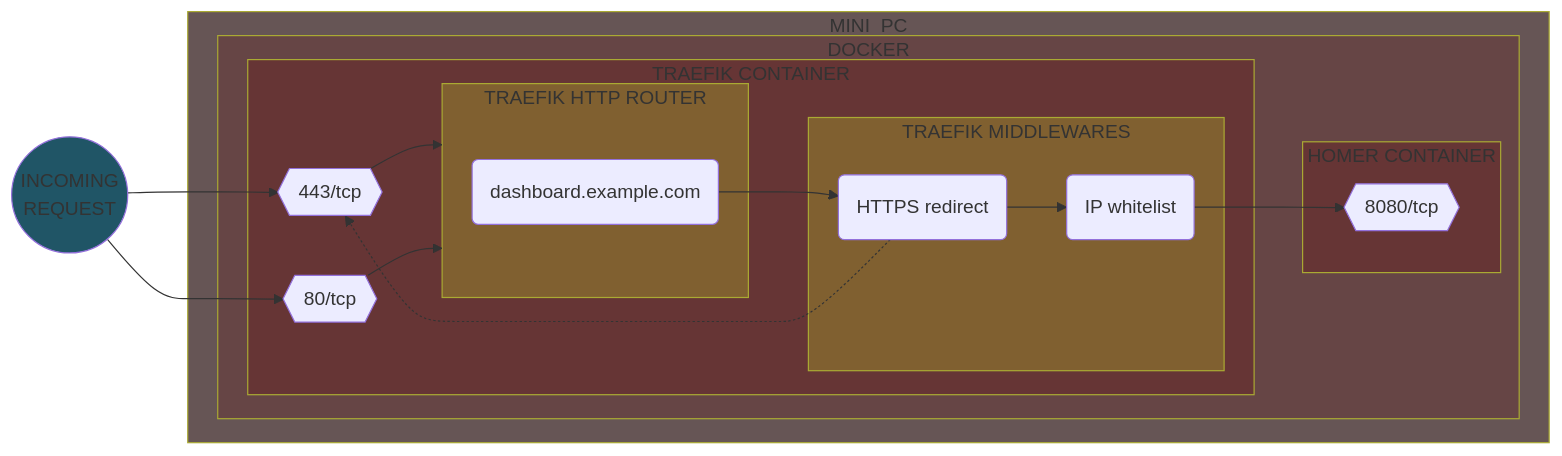
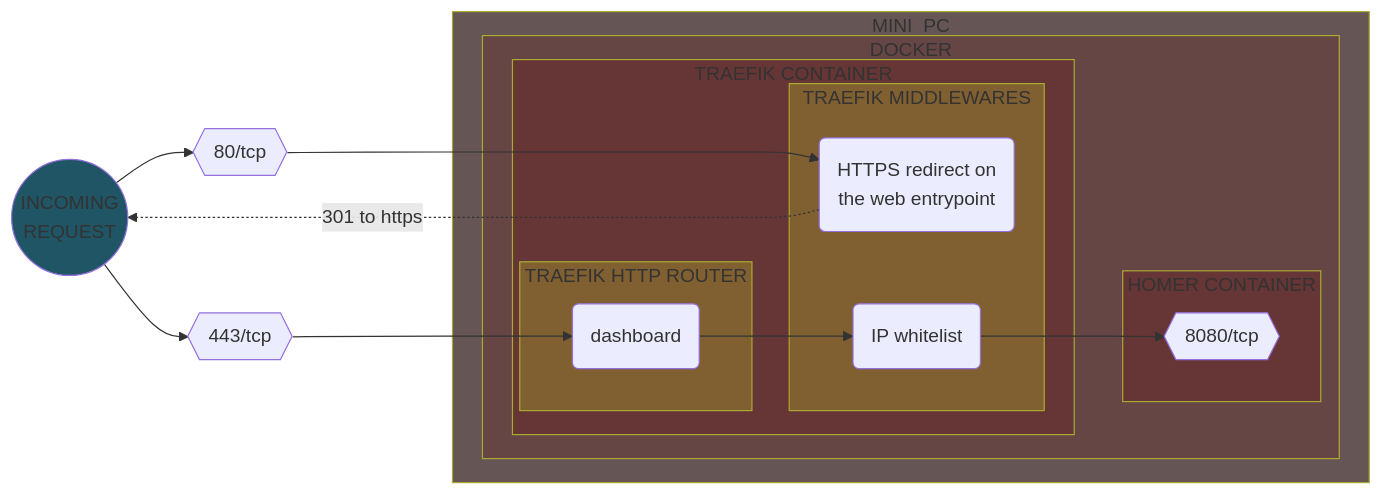
Before and after one commit to Yann39/self-hosted-n100: diagram 16 of 31 in README.md, drawn with Mermaid. The commit also changed other lines of this file, not shown here.

````diff
--- a/README.md
+++ b/README.md
@@ -4092,47 +4093,44 @@
 ```mermaid
 flowchart LR
     style INCOMING_REQUEST fill: #205566
     style TRAEFIK_CONTAINER fill: #663535
     style APP_CONTAINER fill: #663535
     style TRAEFIK_ROUTER fill: #806030
     style TRAEFIK_MIDDLEWARE fill: #806030
     style SERVER_DEVICE fill: #665555
     style CONTAINER_ENGINE fill: #664545
     DOCKER_TRAEFIK_PORT443{{443/tcp}}
     DOCKER_TRAEFIK_PORT80{{80/tcp}}
     DOCKER_APP_PORT{{8080/tcp}}
-    TRAEFIK_ROUTER_APP(dashboard.example.com)
-    TRAEFIK_MIDDLEWARE_REDIRECT(HTTPS redirect)
+    TRAEFIK_ROUTER_APP(dashboard)
+    TRAEFIK_MIDDLEWARE_REDIRECT(HTTPS redirect on<br>the web entrypoint)
     TRAEFIK_MIDDLEWARE_IP_WHITELIST(IP whitelist)
     INCOMING_REQUEST((INCOMING\nREQUEST))
-    INCOMING_REQUEST --> DOCKER_TRAEFIK_PORT443
-    INCOMING_REQUEST --> DOCKER_TRAEFIK_PORT80
 
     subgraph SERVER_DEVICE[MINI_PC]
         subgraph CONTAINER_ENGINE[DOCKER]
             subgraph APP_CONTAINER[HOMER CONTAINER]
                 DOCKER_APP_PORT
             end
 
             subgraph TRAEFIK_CONTAINER[TRAEFIK CONTAINER]
-                DOCKER_TRAEFIK_PORT443 --> TRAEFIK_ROUTER
-                DOCKER_TRAEFIK_PORT80 --> TRAEFIK_ROUTER
-
                 subgraph TRAEFIK_ROUTER[TRAEFIK HTTP ROUTER]
                     TRAEFIK_ROUTER_APP
                 end
 
                 subgraph TRAEFIK_MIDDLEWARE[TRAEFIK MIDDLEWARES]
                     TRAEFIK_MIDDLEWARE_REDIRECT
                     TRAEFIK_MIDDLEWARE_IP_WHITELIST
                 end
-
-                TRAEFIK_MIDDLEWARE_REDIRECT --> TRAEFIK_MIDDLEWARE_IP_WHITELIST
-                TRAEFIK_MIDDLEWARE_REDIRECT -.-> DOCKER_TRAEFIK_PORT443
-                TRAEFIK_MIDDLEWARE_IP_WHITELIST --> DOCKER_APP_PORT
-                TRAEFIK_ROUTER_APP --> TRAEFIK_MIDDLEWARE_REDIRECT
             end
-
         end
     end
+
+    INCOMING_REQUEST --> DOCKER_TRAEFIK_PORT443
+    INCOMING_REQUEST --> DOCKER_TRAEFIK_PORT80
+    DOCKER_TRAEFIK_PORT80 ---> TRAEFIK_MIDDLEWARE_REDIRECT
+    TRAEFIK_MIDDLEWARE_REDIRECT -.->|301 to https| INCOMING_REQUEST
+    DOCKER_TRAEFIK_PORT443 --> TRAEFIK_ROUTER_APP
+    TRAEFIK_MIDDLEWARE_IP_WHITELIST --> DOCKER_APP_PORT
+    TRAEFIK_ROUTER_APP --> TRAEFIK_MIDDLEWARE_IP_WHITELIST
 ```
````
